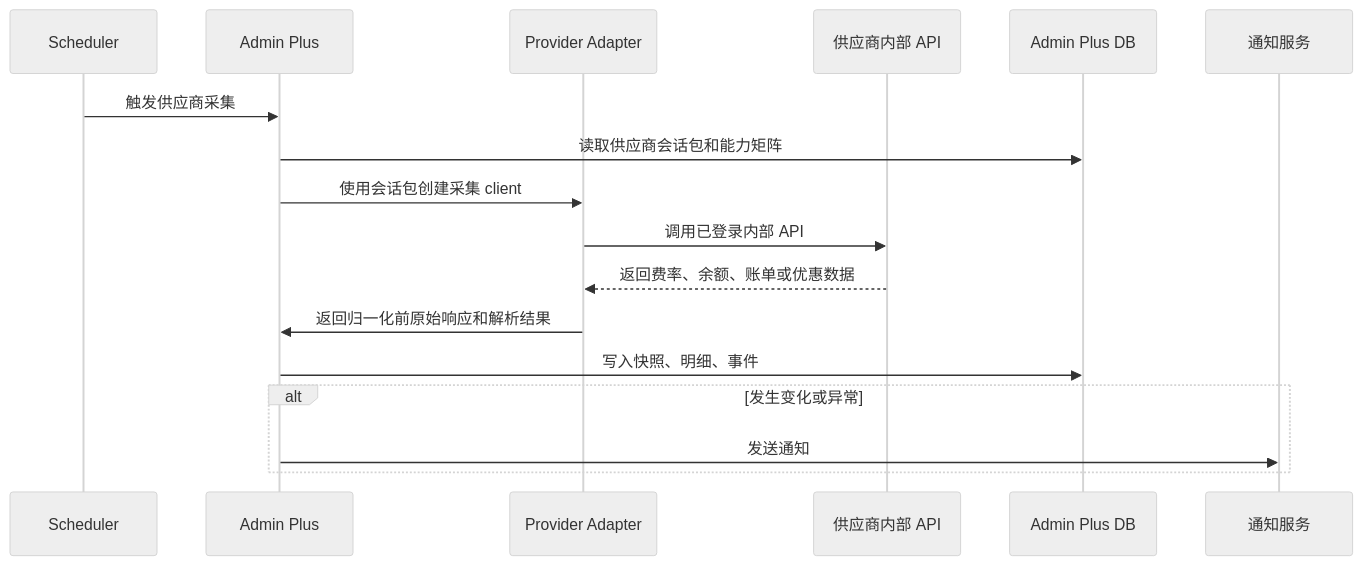
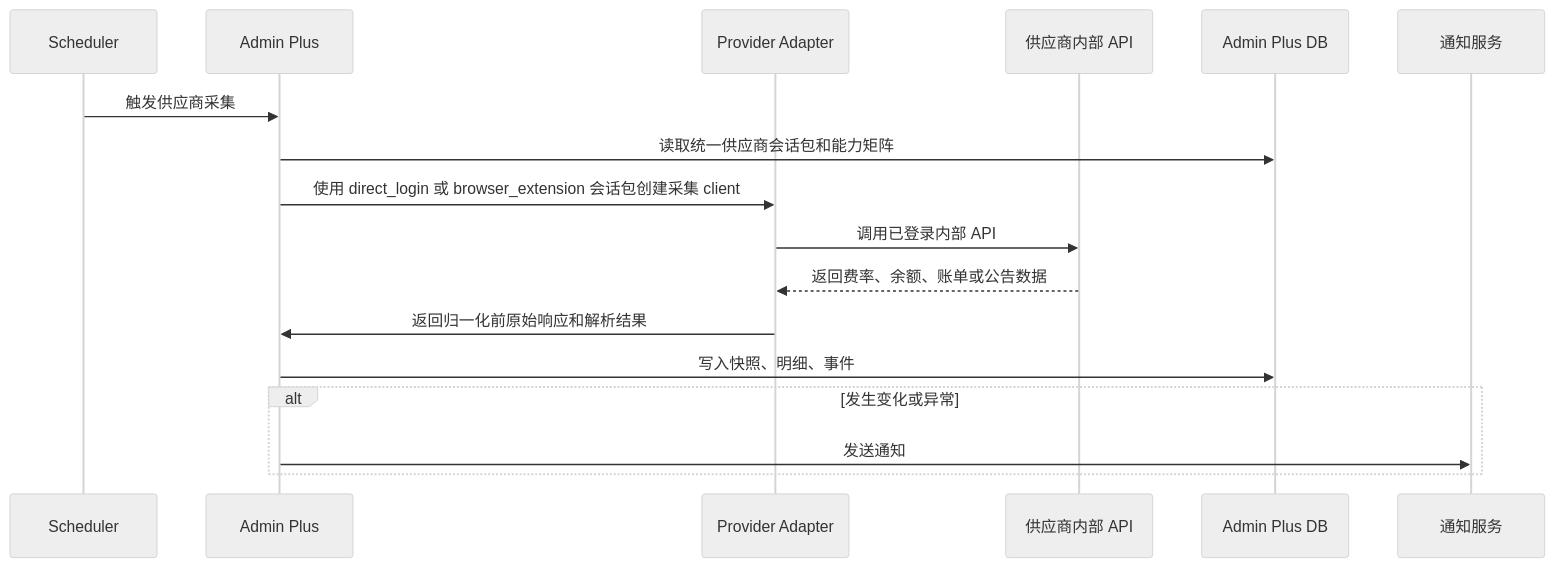
Before and after one commit to openrelayllm/sub2api-admin-plus: the sixth of 9 diagrams in docs/roadmap/Chrome/README.md, drawn with Mermaid (neutral theme). The commit also changed other lines of this file and 79 other files, not shown here.

````diff
--- a/docs/roadmap/Chrome/README.md
+++ b/docs/roadmap/Chrome/README.md
@@ -384,20 +439,20 @@
 ```mermaid
 sequenceDiagram
   participant S as Scheduler
   participant A as Admin Plus
   participant V as Provider Adapter
   participant U as 供应商内部 API
   participant D as Admin Plus DB
   participant N as 通知服务
 
   S->>A: 触发供应商采集
-  A->>D: 读取供应商会话包和能力矩阵
-  A->>V: 使用会话包创建采集 client
+  A->>D: 读取统一供应商会话包和能力矩阵
+  A->>V: 使用 direct_login 或 browser_extension 会话包创建采集 client
   V->>U: 调用已登录内部 API
-  U-->>V: 返回费率、余额、账单或优惠数据
+  U-->>V: 返回费率、余额、账单或公告数据
   V->>A: 返回归一化前原始响应和解析结果
   A->>D: 写入快照、明细、事件
   alt 发生变化或异常
     A->>N: 发送通知
   end
 ```
````
